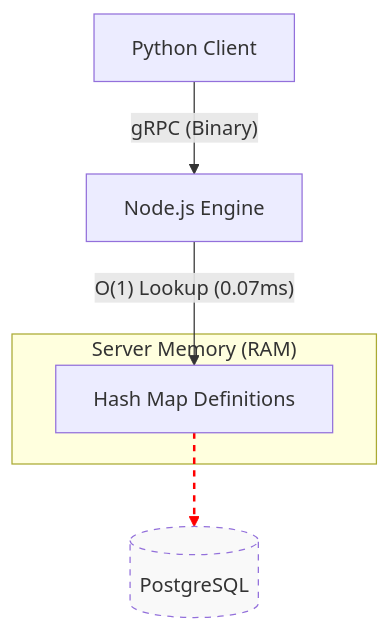
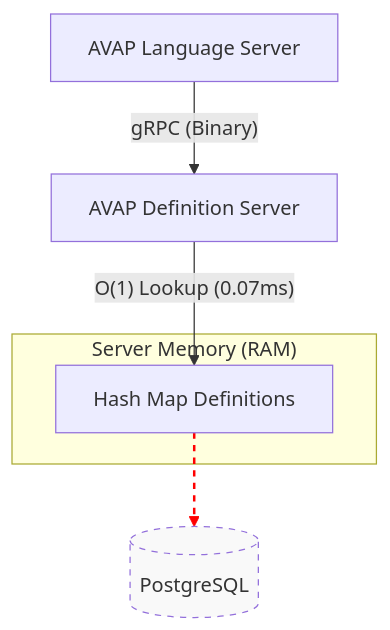
The diagram in docs/PERFORMANCE.md (rafa-ruiz/AVAP_Definitions_Server), drawn with Mermaid before and after one commit. The commit also changed other lines of this file and 2 other files, not shown here.

````diff
--- a/docs/PERFORMANCE.md
+++ b/docs/PERFORMANCE.md
@@ -56,11 +56,11 @@
 ```mermaid
 graph TD
-    Client[Python Client] -- "gRPC (Binary)" --> Server[Node.js Engine];
+    Client[AVAP Language Server] -- "gRPC (Binary)" --> Server[AVAP Definition Server];
     subgraph "Server Memory (RAM)"
         Cache[Hash Map Definitions];
     end
     Server -- "O(1) Lookup (0.07ms)" --> Cache;
     Cache -.-> DB[(PostgreSQL)];
     style DB stroke-dasharray: 5 5,fill:#f9f9f9
     linkStyle 2 stroke:red,stroke-width:2px,stroke-dasharray: 5 5;
 ```
````
